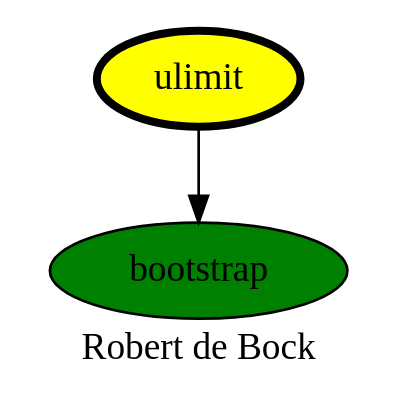
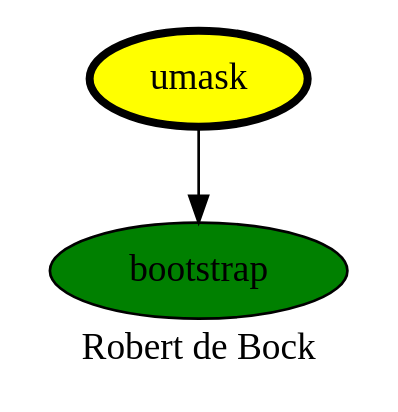
The diagram in ulimit.dot (robertdebock/drawings), drawn with Graphviz before and after one commit. The commit also changed 1 other file, not shown here.

Commit message:
Add umask.

```diff
--- a/ulimit.dot
+++ b/ulimit.dot
@@ -1,9 +1,9 @@
 digraph PhiloDilemma {
   label = "Robert de Bock" ;
   overlap=false
   {
     bootstrap [fillcolor=green style=filled]
-    ulimit [fillcolor=yellow style=filled penwidth=3]
+    umask [fillcolor=yellow style=filled penwidth=3]
   }
-  ulimit -> bootstrap
+  umask -> bootstrap
 }
```
